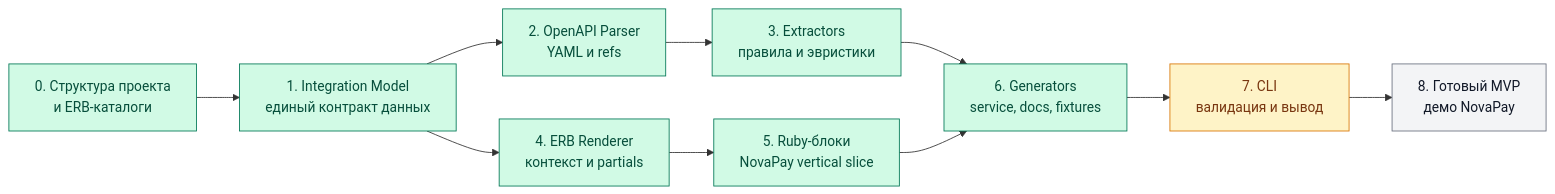
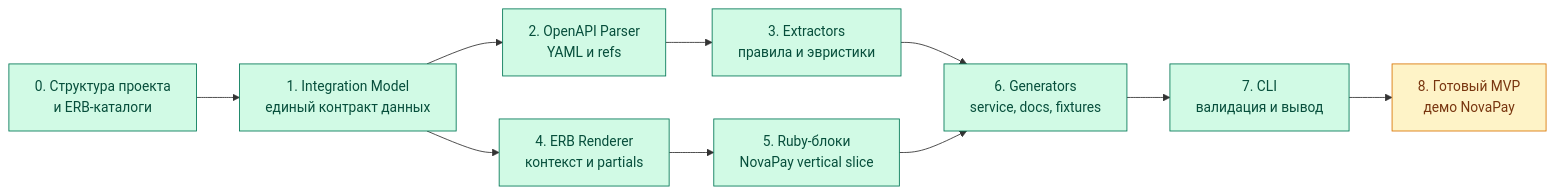
The diagram in docs/plans/DEVELOPMENT_PLAN.md (blasterss/hackaton-provider-ruby), drawn with Mermaid before and after one commit. The commit also changed other lines of this file and 13 other files, not shown here.

````diff
--- a/docs/plans/DEVELOPMENT_PLAN.md
+++ b/docs/plans/DEVELOPMENT_PLAN.md
@@ -5,30 +5,29 @@
 ```mermaid
 flowchart LR
     foundation["0. Структура проекта<br/>и ERB-каталоги"]
     model["1. Integration Model<br/>единый контракт данных"]
     parser["2. OpenAPI Parser<br/>YAML и refs"]
     extractors["3. Extractors<br/>правила и эвристики"]
     renderer["4. ERB Renderer<br/>контекст и partials"]
     blocks["5. Ruby-блоки<br/>NovaPay vertical slice"]
     generators["6. Generators<br/>service, docs, fixtures"]
     cli["7. CLI<br/>валидация и вывод"]
     release["8. Готовый MVP<br/>демо NovaPay"]
 
     foundation --> model
     model --> parser
     parser --> extractors
     model --> renderer
     renderer --> blocks
     extractors --> generators
     blocks --> generators
     generators --> cli
     cli --> release
 
     classDef done fill:#d1fae5,stroke:#047857,color:#064e3b
     classDef next fill:#fef3c7,stroke:#d97706,color:#78350f
     classDef pending fill:#f3f4f6,stroke:#6b7280,color:#111827
 
-    class foundation,model,parser,extractors,renderer,blocks,generators done
-    class cli next
-    class release pending
+    class foundation,model,parser,extractors,renderer,blocks,generators,cli done
+    class release next
 ```
````
